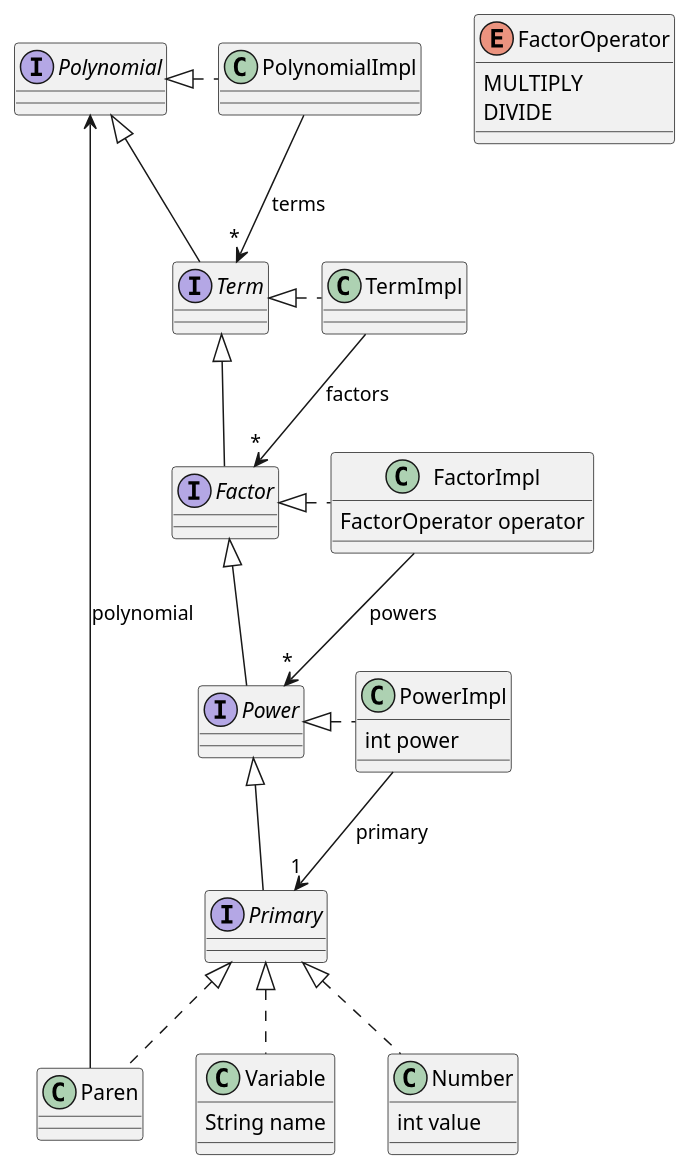
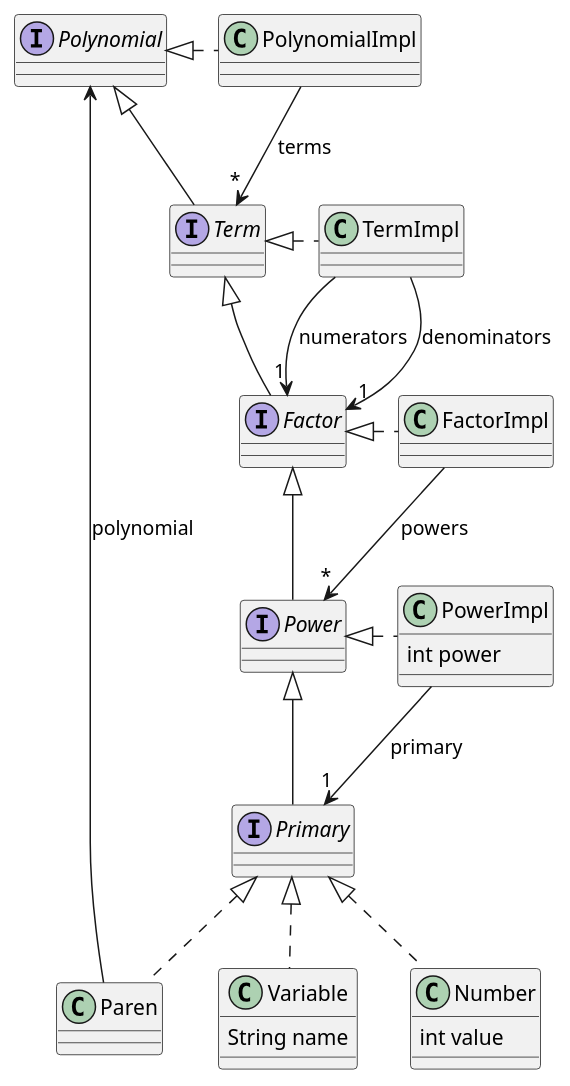
One commit to saka1029/form changed the diagram in doc/classes.plantuml. Above: the diagram before and after it, drawn with PlantUML. The commit also changed 7 other files, not shown here.

```diff
--- a/doc/classes.plantuml
+++ b/doc/classes.plantuml
@@ -1,42 +1,37 @@
 @startuml form
-enum FactorOperator {
-    MULTIPLY
-    DIVIDE
-}
 interface Polynomial
 class PolynomialImpl
 PolynomialImpl .left.|> Polynomial
 PolynomialImpl --> "*" Term : terms
 interface Term
 Term -|> Polynomial
 class TermImpl
 TermImpl .left.|> Term
-TermImpl --> "*" Factor : factors
+TermImpl --> "1" Factor : numerators
+TermImpl --> "1" Factor : denominators
 interface Factor
 Factor -|> Term
-class FactorImpl {
-    FactorOperator operator
-}
+class FactorImpl
 FactorImpl .left.|> Factor
 FactorImpl --> "*" Power : powers
 interface Power
 Power -|> Factor
 class PowerImpl {
     int power
 }
 PowerImpl .left.|> Power
 PowerImpl --> "1" Primary : primary
 interface Primary
 Primary -|> Power
 class Variable {
     String name
 }
 Variable .up.|> Primary
 class Number {
     int value
 }
 Number .up.|> Primary
 class Paren
 Paren .up.|> Primary
 Paren -up-> Polynomial : polynomial
 @enduml
```
